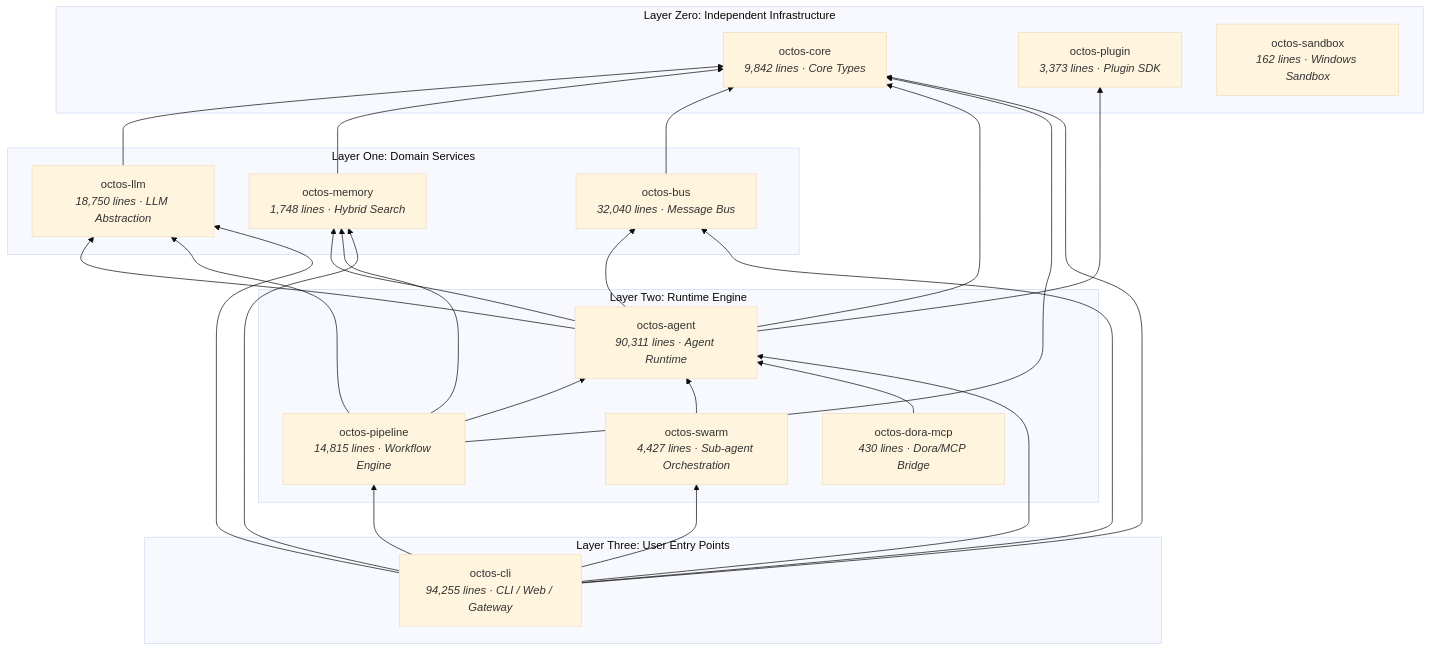
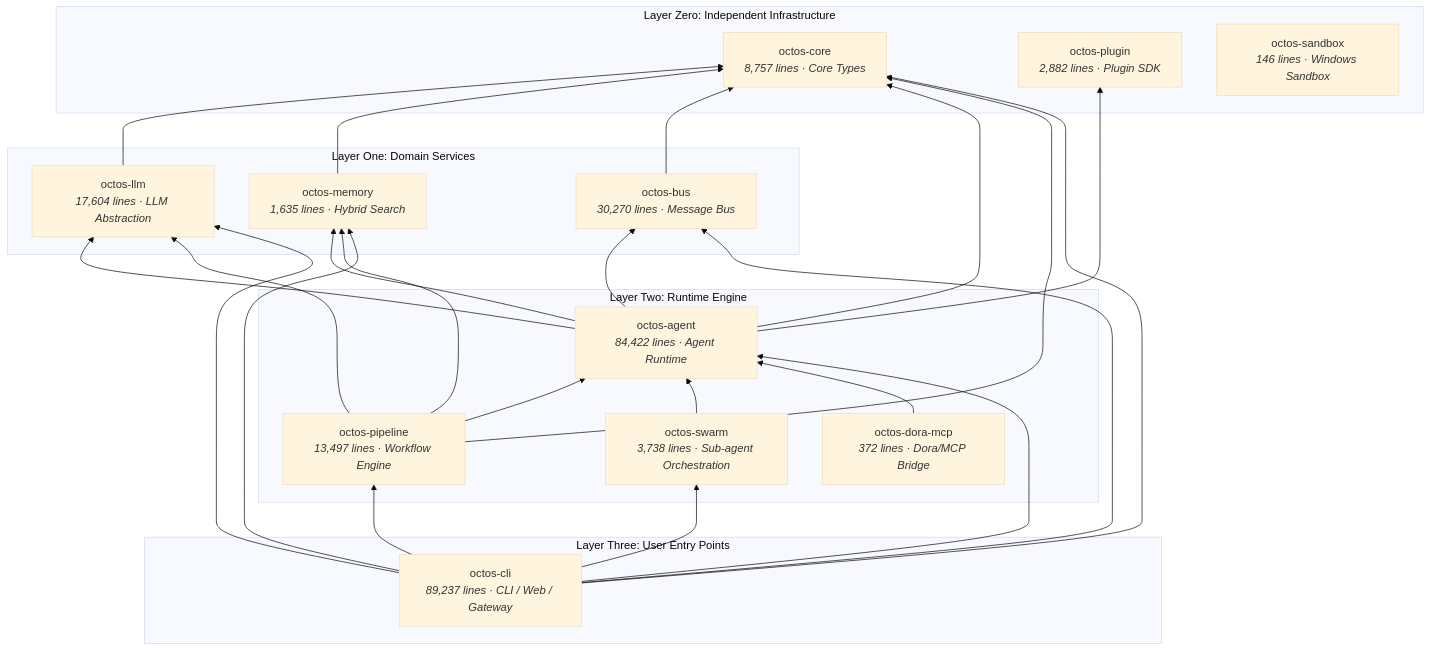
The diagram in book-en/src/part1/ch01.md (ZhangHanDong/octos-book), drawn with Mermaid (base theme) before and after one commit. The commit also changed other lines of this file and 13 other files, not shown here.

````diff
--- a/book-en/src/part1/ch01.md
+++ b/book-en/src/part1/ch01.md
@@ -180,51 +180,51 @@
 ```mermaid
 graph BT
     subgraph "Layer Zero: Independent Infrastructure"
-        core["octos-core<br/><i>9,842 lines · Core Types</i>"]
-        plugin["octos-plugin<br/><i>3,373 lines · Plugin SDK</i>"]
-        sandbox["octos-sandbox<br/><i>162 lines · Windows Sandbox</i>"]
+        core["octos-core<br/><i>8,757 lines · Core Types</i>"]
+        plugin["octos-plugin<br/><i>2,882 lines · Plugin SDK</i>"]
+        sandbox["octos-sandbox<br/><i>146 lines · Windows Sandbox</i>"]
     end
 
     subgraph "Layer One: Domain Services"
-        llm["octos-llm<br/><i>18,750 lines · LLM Abstraction</i>"]
-        memory["octos-memory<br/><i>1,748 lines · Hybrid Search</i>"]
-        bus["octos-bus<br/><i>32,040 lines · Message Bus</i>"]
+        llm["octos-llm<br/><i>17,604 lines · LLM Abstraction</i>"]
+        memory["octos-memory<br/><i>1,635 lines · Hybrid Search</i>"]
+        bus["octos-bus<br/><i>30,270 lines · Message Bus</i>"]
     end
 
     subgraph "Layer Two: Runtime Engine"
-        agent["octos-agent<br/><i>90,311 lines · Agent Runtime</i>"]
-        pipeline["octos-pipeline<br/><i>14,815 lines · Workflow Engine</i>"]
-        swarm["octos-swarm<br/><i>4,427 lines · Sub-agent Orchestration</i>"]
-        dora["octos-dora-mcp<br/><i>430 lines · Dora/MCP Bridge</i>"]
+        agent["octos-agent<br/><i>84,422 lines · Agent Runtime</i>"]
+        pipeline["octos-pipeline<br/><i>13,497 lines · Workflow Engine</i>"]
+        swarm["octos-swarm<br/><i>3,738 lines · Sub-agent Orchestration</i>"]
+        dora["octos-dora-mcp<br/><i>372 lines · Dora/MCP Bridge</i>"]
     end
 
     subgraph "Layer Three: User Entry Points"
-        cli["octos-cli<br/><i>94,255 lines · CLI / Web / Gateway</i>"]
+        cli["octos-cli<br/><i>89,237 lines · CLI / Web / Gateway</i>"]
     end
 
     llm --> core
     memory --> core
     bus --> core
 
     agent --> core
     agent --> bus
     agent --> llm
     agent --> memory
     agent --> plugin
 
     pipeline --> core
     pipeline --> agent
     pipeline --> llm
     pipeline --> memory
 
     swarm --> agent
     dora --> agent
 
     cli --> core
     cli --> agent
     cli --> llm
     cli --> memory
     cli --> pipeline
     cli --> bus
     cli --> swarm
 ```
````
